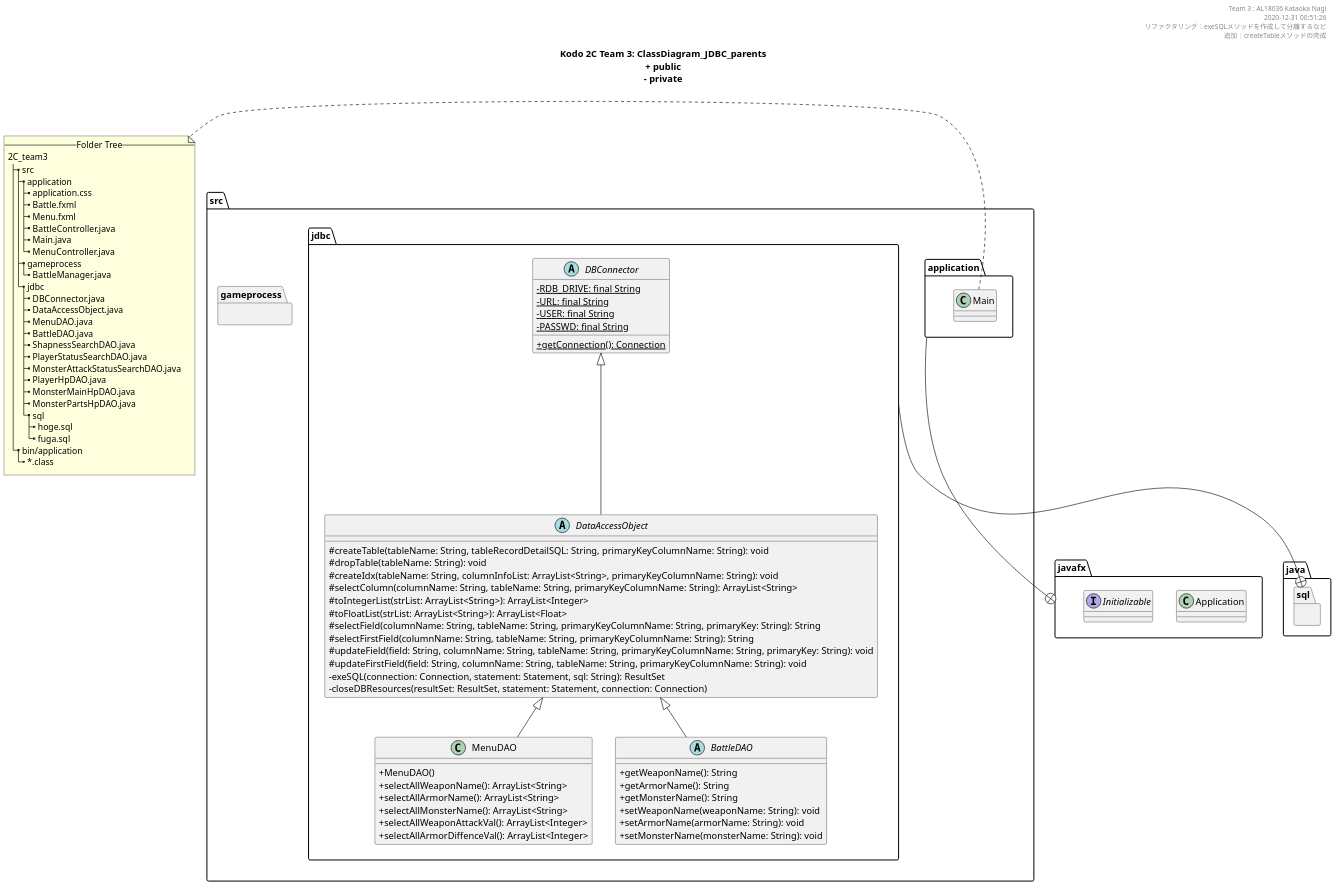
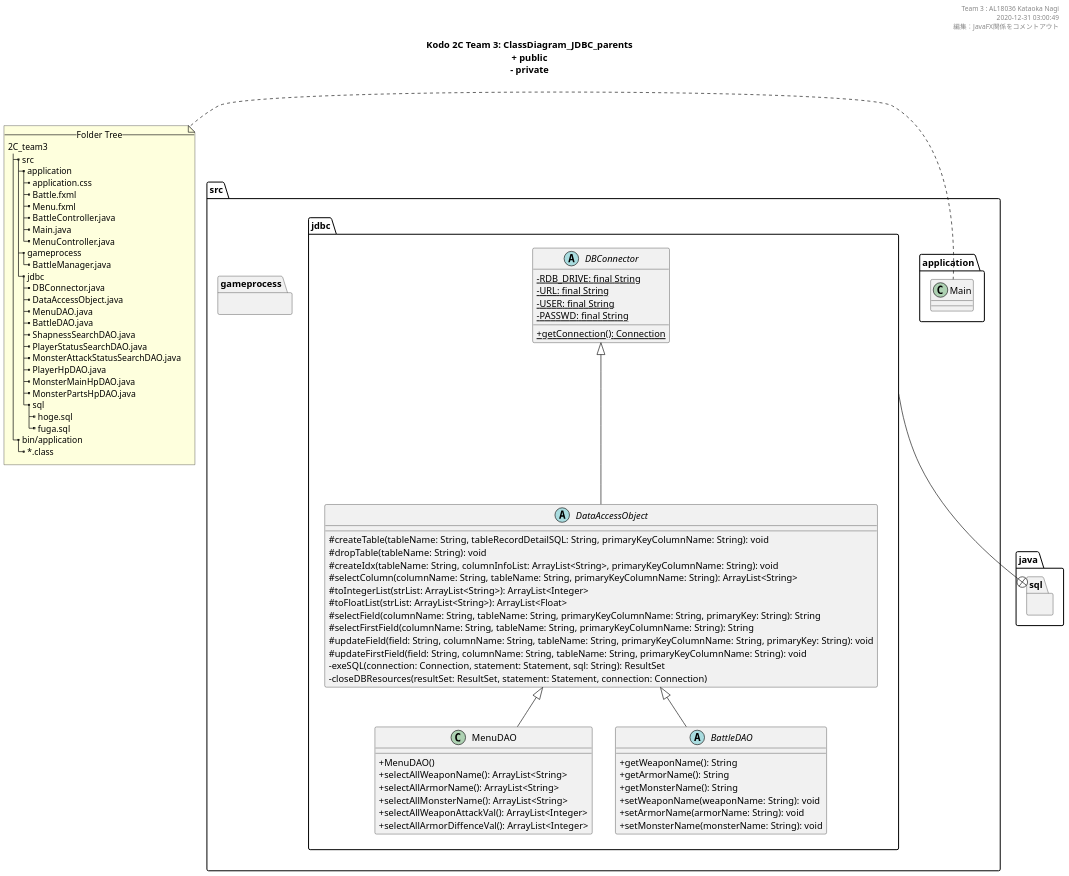
One commit to KataokaNagi/2C_team3 changed the diagram in uml/ClassDiagram_JDBC_parents.pu. Above: the diagram before and after it, drawn with PlantUML. The commit also changed other lines of this file and 5 other files, not shown here.

Commit message:
JDBCのクラス図：JavaFX関係をコメントアウト

```diff
--- a/uml/ClassDiagram_JDBC_parents.pu
+++ b/uml/ClassDiagram_JDBC_parents.pu
@@ -14,164 +14,163 @@
 @startuml ./out/ClassDiagram_JDBC_parents.png
 scale 1.5
 skinparam DefaultFontName メイリオ
 ' 可視性の変更
 skinparam classAttributeIconSize 0
 
 ''''''''''''''''''''''''''''''''''''''''''''''''''
 
 header 
 Team 3 : AL18036 Kataoka Nagi
-2020-12-31 00:51:26
-リファクタリング：exeSQLメソッドを作成して分離するなど
-追加：createTableメソッドの完成
+2020-12-31 03:00:49
+編集：JavaFX関係をコメントアウト
 end header
 
 ''''''''''''''''''''''''''''''''''''''''''''''''''
 
 title
 **Kodo 2C Team 3: ClassDiagram_JDBC_parents**
 + public
 ~- private
 end title
 ' __static__
 
 ''''''''''''''''''''''''''''''''''''''''''''''''''''''''''''''''''''''''''''''''
 
 package src {
   package src.application {
     class Main
   }
   package src.gameprocess {
   }
   package src.jdbc {
   }
 }
 
 ''''''''''''''''''''''''''''''''''''''''''''''''''''''''''''''''''''''''''''''''
 
 note left
   --Folder Tree--
   2C_team3
   |_ src
     |_ application
       |_ application.css
       |_ Battle.fxml
       |_ Menu.fxml
       |_ BattleController.java
       |_ Main.java
       |_ MenuController.java
     |_ gameprocess
       |_ BattleManager.java
     |_ jdbc
       |_ DBConnector.java
       |_ DataAccessObject.java
       |_ MenuDAO.java
       |_ BattleDAO.java
       |_ ShapnessSearchDAO.java
       |_ PlayerStatusSearchDAO.java
       |_ MonsterAttackStatusSearchDAO.java
       |_ PlayerHpDAO.java
       |_ MonsterMainHpDAO.java
       |_ MonsterPartsHpDAO.java
       |_ sql
         |_ hoge.sql
         |_ fuga.sql
   |_ bin/application
     |_ ~*.class
 end note
 
 ''''''''''''''''''''''''''''''''''''''''''''''''''''''''''''''''''''''''''''''''
 
 package java.sql {
 }
 
-package javafx {
-  class Application
-  Interface Initializable
-}
+' package javafx {
+'   class Application
+'   Interface Initializable
+' }
 
 src.jdbc --+ java.sql
-src.application --+ javafx
+' src.application --+ javafx
 
 ''''''''''''''''''''''''''''''''''''''''''''''''''
 
 ' @note クラスの命名規則
 ' @see  https://qiita.com/KeithYokoma/items/ee21fec6a3ebb5d1e9a8
 
 package src.application {
 }
 
 ' 記事のクラス
   ' class ApplicationController extends Initializable {
   '   - dropDown: ChoiceBox<String>
   '   - textBox: TextField
   '   - button: Button
 
   '   + initialize(location: URL, resources: ResourceBundle): void
   '   + onClick(event: ActionEvent): void
   '   + getToolType(): ChoiceBox<String>
   '   + setToolType(toolType: ChoiceBox<String>): void
   '   + getInputFile(): TextField
   '   + setInputFile(textBox: TextField): void
   '   + getReference(): Button
   '   + setReference(button: Button): void
   ' }
 
 
 ''''''''''''''''''''''''''''''''''''''''''''''''''
 
 package src.gameprocess {
 }
 
 ''''''''''''''''''''''''''''''''''''''''''''''''''
 
 package src.jdbc {
   ' @note DAO pattern
   ' @see https://kanda-it-school-kensyu.com/java-jdbc-contents/jj_ch04/jj_0401/
 
   abstract class DBConnector {
     - {static} RDB_DRIVE: final String
     - {static} URL: final String
     - {static} USER: final String
     - {static} PASSWD: final String
 
     + {static} getConnection(): Connection
   }
 
   abstract class DataAccessObject extends DBConnector {
     # createTable(tableName: String, tableRecordDetailSQL: String, primaryKeyColumnName: String): void
     # dropTable(tableName: String): void
     # createIdx(tableName: String, columnInfoList: ArrayList<String>, primaryKeyColumnName: String): void
     # selectColumn(columnName: String, tableName: String, primaryKeyColumnName: String): ArrayList<String>
     # toIntegerList(strList: ArrayList<String>): ArrayList<Integer>
     # toFloatList(strList: ArrayList<String>): ArrayList<Float>
     # selectField(columnName: String, tableName: String, primaryKeyColumnName: String, primaryKey: String): String
     # selectFirstField(columnName: String, tableName: String, primaryKeyColumnName: String): String
     # updateField(field: String, columnName: String, tableName: String, primaryKeyColumnName: String, primaryKey: String): void
     # updateFirstField(field: String, columnName: String, tableName: String, primaryKeyColumnName: String): void
     - exeSQL(connection: Connection, statement: Statement, sql: String): ResultSet
     - closeDBResources(resultSet: ResultSet, statement: Statement, connection: Connection)
   }
 
   class MenuDAO extends DataAccessObject {
     + MenuDAO()
     + selectAllWeaponName(): ArrayList<String>
     + selectAllArmorName(): ArrayList<String>
     + selectAllMonsterName(): ArrayList<String>
     + selectAllWeaponAttackVal(): ArrayList<Integer>
     + selectAllArmorDiffenceVal(): ArrayList<Integer>
   }
 
   abstract class BattleDAO extends DataAccessObject {
   + getWeaponName(): String
   + getArmorName(): String
   + getMonsterName(): String
   + setWeaponName(weaponName: String): void
   + setArmorName(armorName: String): void
   + setMonsterName(monsterName: String): void
   }
 }
 
 ''''''''''''''''''''''''''''''''''''''''''''''''''''''''''''''''''''''''''''''''
 
 @enduml
```
